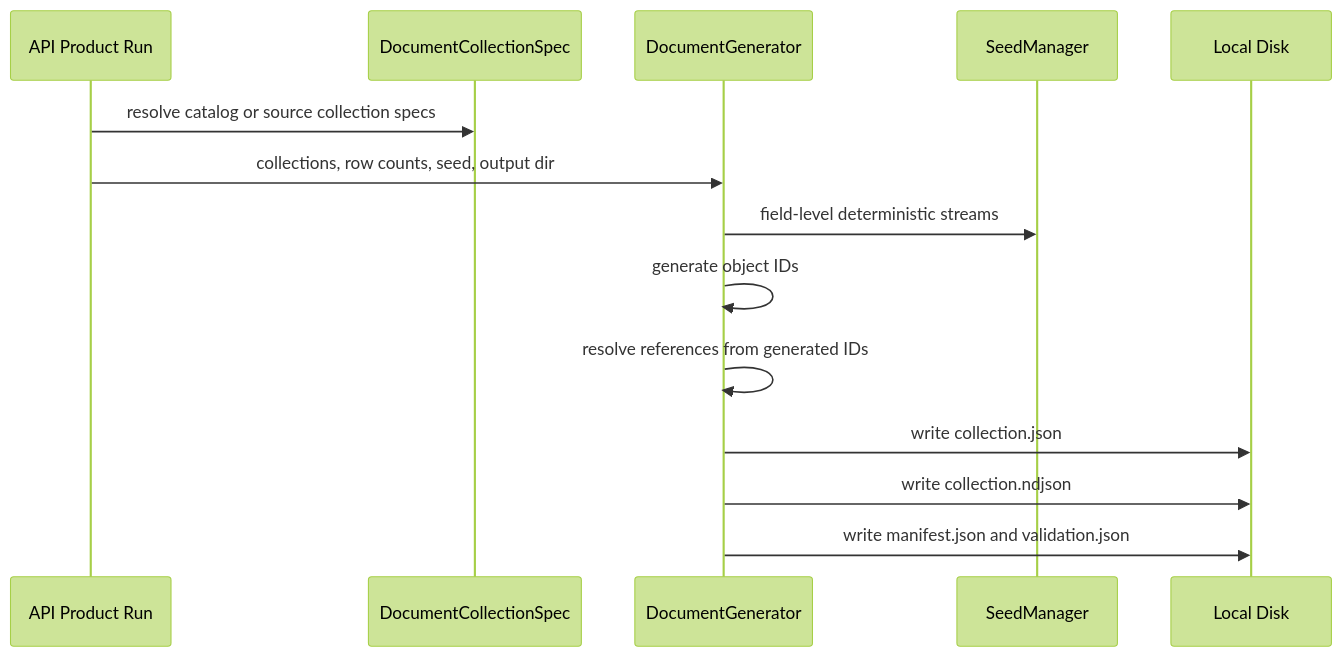
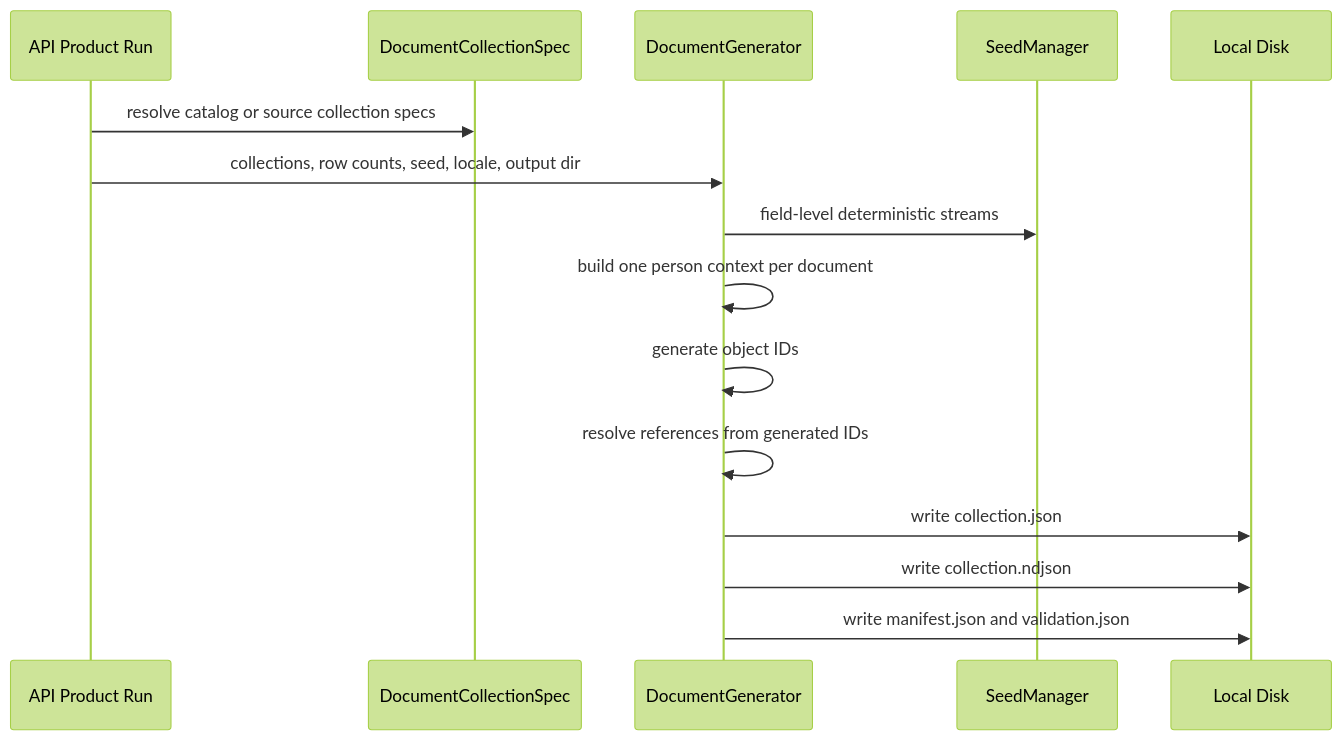
One commit to smitzo/DataBoom changed the eighth of 11 diagrams in docs/engineering/low-level-design.md. Above: the diagram before and after it, drawn with Mermaid (forest theme). The commit also changed other lines of this file and 13 other files, not shown here.

````diff
--- a/docs/engineering/low-level-design.md
+++ b/docs/engineering/low-level-design.md
@@ -234,17 +240,18 @@
 ```mermaid
 sequenceDiagram
     participant API as API Product Run
     participant Spec as DocumentCollectionSpec
     participant Generator as DocumentGenerator
     participant Seed as SeedManager
     participant Disk as Local Disk
 
     API->>Spec: resolve catalog or source collection specs
-    API->>Generator: collections, row counts, seed, output dir
+    API->>Generator: collections, row counts, seed, locale, output dir
     Generator->>Seed: field-level deterministic streams
+    Generator->>Generator: build one person context per document
     Generator->>Generator: generate object IDs
     Generator->>Generator: resolve references from generated IDs
     Generator->>Disk: write collection.json
     Generator->>Disk: write collection.ndjson
     Generator->>Disk: write manifest.json and validation.json
 ```
````
